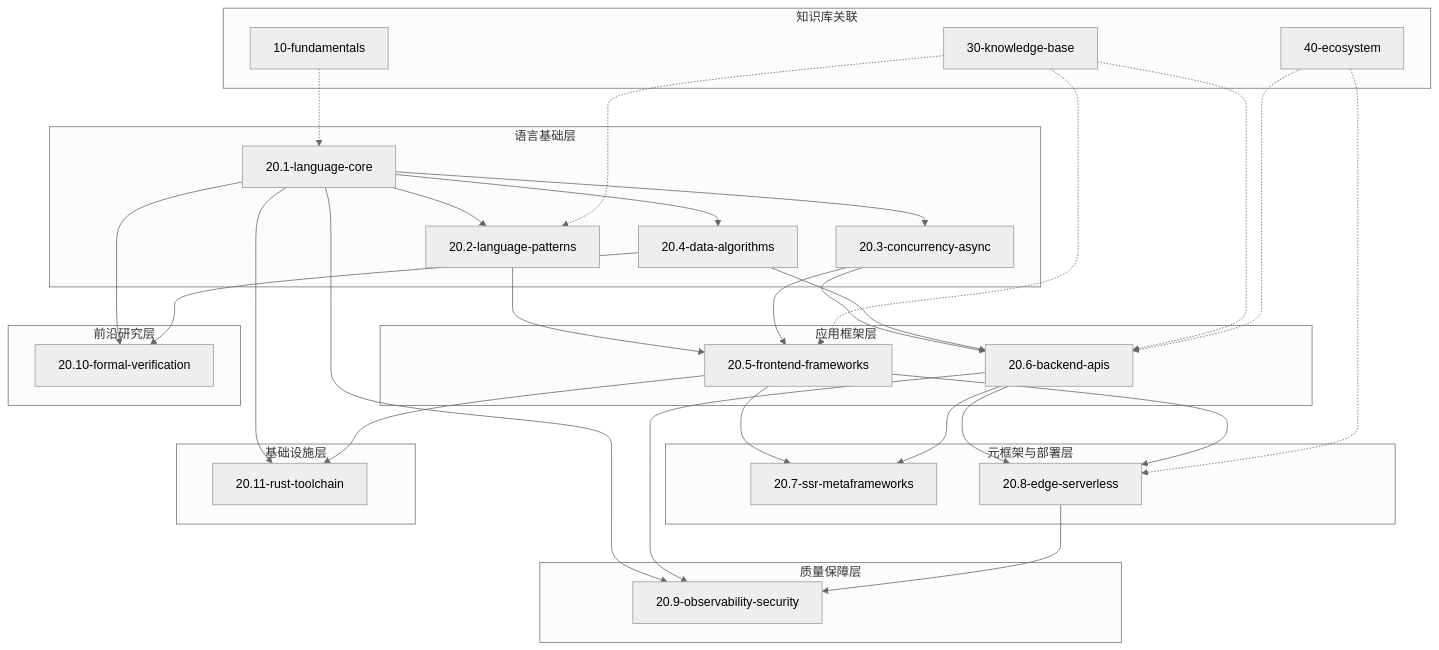
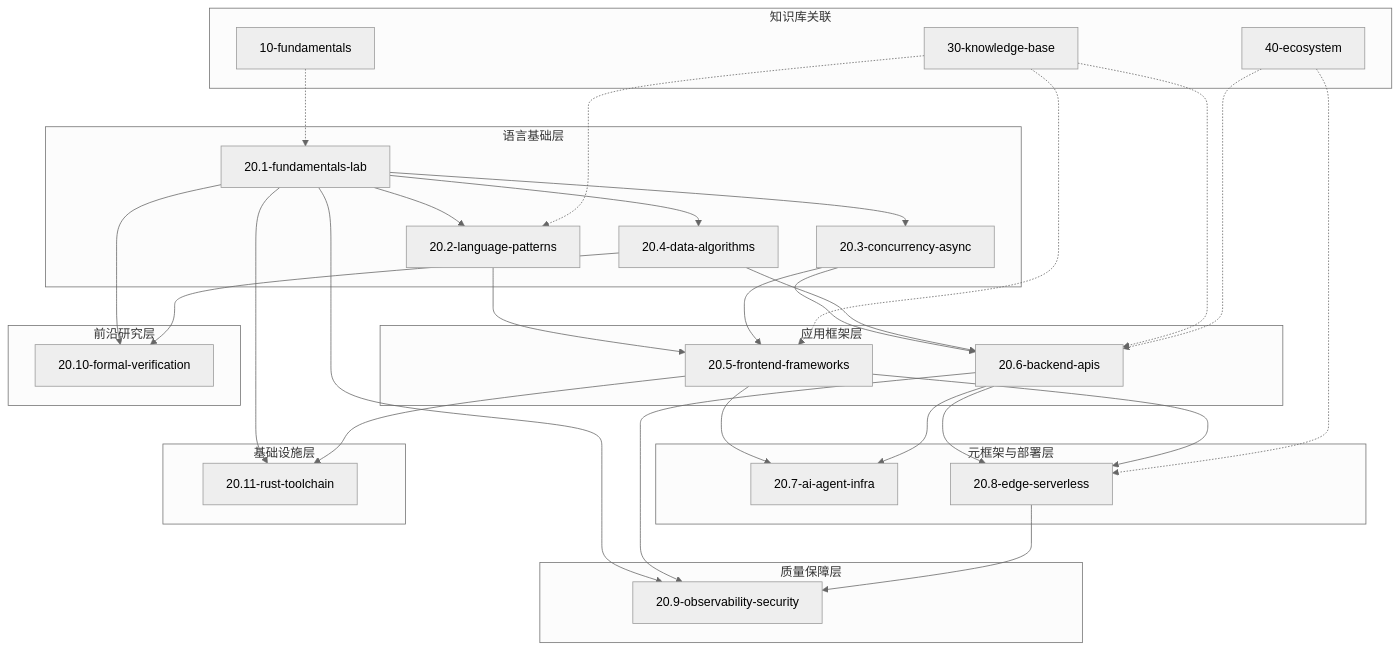
The diagram in 20-code-lab/CROSS-REFERENCE.md (AdaMartin18010/JavaScriptTypeScript), drawn with Mermaid (neutral theme) before and after one commit. The commit also changed other lines of this file and 41 other files, not shown here.

````diff
--- a/20-code-lab/CROSS-REFERENCE.md
+++ b/20-code-lab/CROSS-REFERENCE.md
@@ -64,47 +66,47 @@
 ```mermaid
 graph TD
     subgraph "语言基础层"
-        A[20.1-language-core] --> B[20.2-language-patterns]
+        A[20.1-fundamentals-lab] --> B[20.2-language-patterns]
         A --> C[20.3-concurrency-async]
         A --> D[20.4-data-algorithms]
     end
 
     subgraph "应用框架层"
         B --> E[20.5-frontend-frameworks]
         C --> E
         C --> F[20.6-backend-apis]
         D --> F
     end
 
     subgraph "元框架与部署层"
-        E --> G[20.7-ssr-metaframeworks]
+        E --> G[20.7-ai-agent-infra]
         F --> G
         F --> H[20.8-edge-serverless]
         E --> H
     end
 
     subgraph "质量保障层"
         A --> I[20.9-observability-security]
         F --> I
         H --> I
     end
 
     subgraph "前沿研究层"
         A --> J[20.10-formal-verification]
         D --> J
     end
 
     subgraph "基础设施层"
         A --> K[20.11-rust-toolchain]
         E --> K
     end
 
     subgraph "知识库关联"
         L[10-fundamentals] -.-> A
         M[30-knowledge-base] -.-> B
         M -.-> E
         M -.-> F
         N[40-ecosystem] -.-> F
         N -.-> H
     end
 ```
````
